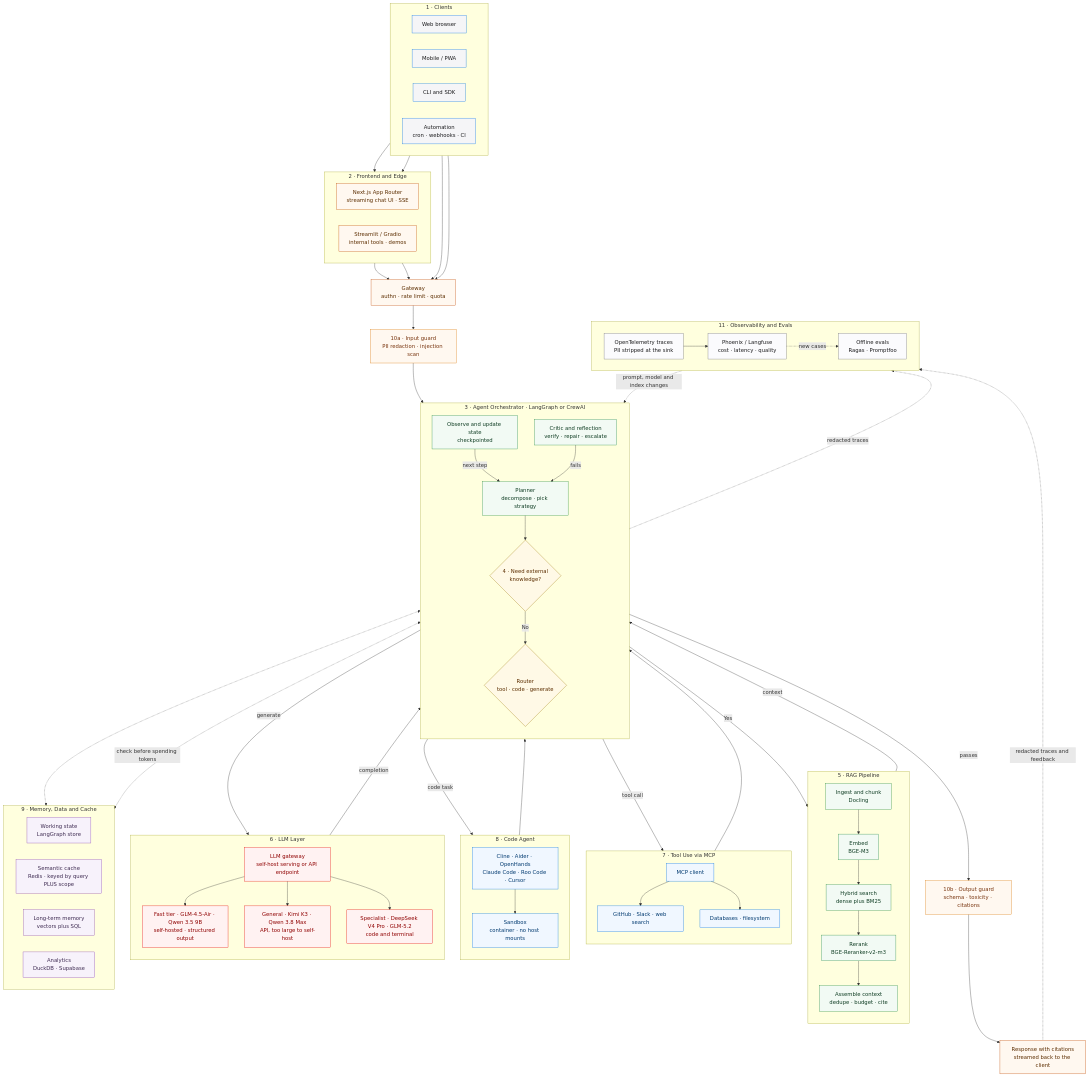
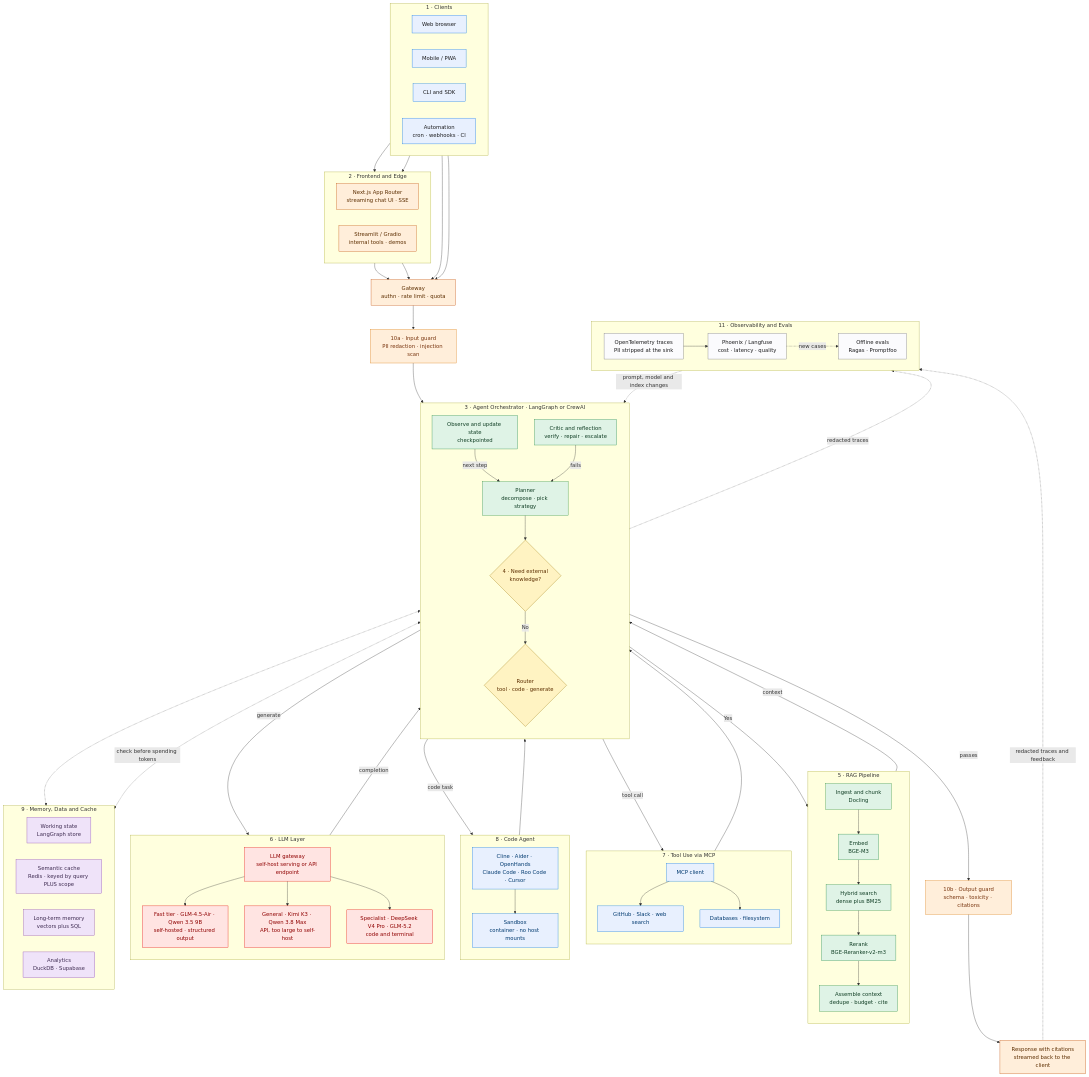
One commit to mlvpatel/open-weight-agent-stack changed the diagram in diagrams/src/master-architecture.mmd. Above: the diagram before and after it, drawn with Mermaid. The commit also changed 36 other files, not shown here.

First line of the commit message:
feat: render diagrams on Pages, richer palette

```diff
--- a/diagrams/src/master-architecture.mmd
+++ b/diagrams/src/master-architecture.mmd
@@ -1,137 +1,137 @@
 flowchart TB
     subgraph L1["1 · Clients"]
         direction LR
         C1["Web browser"]
         C2["Mobile / PWA"]
         C3["CLI and SDK"]
         C4["Automation<br/>cron · webhooks · CI"]
     end
 
     subgraph L2["2 · Frontend and Edge"]
         direction LR
         F1["Next.js App Router<br/>streaming chat UI · SSE"]
         F2["Streamlit / Gradio<br/>internal tools · demos"]
     end
 
     GW["Gateway<br/>authn · rate limit · quota"]
     GI["10a · Input guard<br/>PII redaction · injection scan"]
 
     subgraph L3["3 · Agent Orchestrator · LangGraph or CrewAI"]
         direction TB
         PLAN["Planner<br/>decompose · pick strategy"]
         K4{"4 · Need external<br/>knowledge?"}
         ROUTE{"Router<br/>tool · code · generate"}
         STATE["Observe and update state<br/>checkpointed"]
         CRITIC["Critic and reflection<br/>verify · repair · escalate"]
     end
 
     subgraph L5["5 · RAG Pipeline"]
         direction TB
         R1["Ingest and chunk<br/>Docling"]
         R2["Embed<br/>BGE-M3"]
         R3["Hybrid search<br/>dense plus BM25"]
         R4["Rerank<br/>BGE-Reranker-v2-m3"]
         R5["Assemble context<br/>dedupe · budget · cite"]
     end
 
     subgraph L7["7 · Tool Use via MCP"]
         direction TB
         T0["MCP client"]
         T1["GitHub · Slack · web search"]
         T2["Databases · filesystem"]
     end
 
     subgraph L8["8 · Code Agent"]
         direction TB
         A0["Cline · Aider · OpenHands<br/>Claude Code · Roo Code · Cursor"]
         A1["Sandbox<br/>container · no host mounts"]
     end
 
     subgraph L6["6 · LLM Layer"]
         direction TB
         M0["LLM gateway<br/>self-host serving or API endpoint"]
         M1["Fast tier · GLM-4.5-Air · Qwen 3.5 9B<br/>self-hosted · structured output"]
         M2["General · Kimi K3 · Qwen 3.8 Max<br/>API, too large to self-host"]
         M3["Specialist · DeepSeek V4 Pro · GLM-5.2<br/>code and terminal"]
     end
 
     GO["10b · Output guard<br/>schema · toxicity · citations"]
 
     subgraph L9["9 · Memory, Data and Cache"]
         direction LR
         D1["Working state<br/>LangGraph store"]
         D2["Semantic cache<br/>Redis · keyed by query PLUS scope"]
         D3["Long-term memory<br/>vectors plus SQL"]
         D4B["Analytics<br/>DuckDB · Supabase"]
     end
 
     subgraph L11["11 · Observability and Evals"]
         direction LR
         O1["OpenTelemetry traces<br/>PII stripped at the sink"]
         O2["Phoenix / Langfuse<br/>cost · latency · quality"]
         EV["Offline evals<br/>Ragas · Promptfoo"]
     end
 
     C1 --> F1
     C2 --> F1
     C3 --> GW
     C4 --> GW
     F1 --> GW
     F2 --> GW
     GW --> GI
     GI --> PLAN
 
     PLAN --> K4
     K4 -->|Yes| R1
     K4 -->|No| ROUTE
     R1 --> R2 --> R3 --> R4 --> R5
     R5 -->|context| ROUTE
 
     ROUTE -->|tool call| T0
     ROUTE -->|code task| A0
     ROUTE -->|generate| M0
 
     T0 --> T1
     T0 --> T2
     A0 --> A1
     M0 --> M1
     M0 --> M2
     M0 --> M3
 
     T0 --> STATE
     A1 --> STATE
     M0 -->|completion| CRITIC
     STATE -->|next step| PLAN
     CRITIC -->|fails| PLAN
     CRITIC -->|passes| GO
     GO --> RESP["Response with citations<br/>streamed back to the client"]
 
     STATE <-.-> D1
     ROUTE <-.->|check before spending tokens| D2
     PLAN -.->|redacted traces| O1
     RESP -.->|redacted traces and feedback| O1
     O1 --> O2
     O2 -.->|new cases| EV
     EV -.->|prompt, model and index changes| PLAN
 
-    classDef client fill:#f5f5f7,stroke:#0071e3,color:#1d1d1f
-    classDef fe fill:#fff8f0,stroke:#bf4800,color:#5c2e00
-    classDef orch fill:#f2faf4,stroke:#248a3d,color:#0f3d23
-    classDef rag fill:#f2faf4,stroke:#248a3d,color:#0f3d23
-    classDef llm fill:#fff2f2,stroke:#e30000,color:#8f0000
-    classDef tool fill:#f0f7ff,stroke:#0071e3,color:#003a70
-    classDef mem fill:#f7f2fb,stroke:#8944ab,color:#3f2c52
-    classDef guard fill:#fff8f0,stroke:#d97706,color:#78350f
+    classDef client fill:#e8f0fe,stroke:#0071e3,color:#1d1d1f
+    classDef fe fill:#ffeeda,stroke:#bf4800,color:#5c2e00
+    classDef orch fill:#dff3e6,stroke:#248a3d,color:#0f3d23
+    classDef rag fill:#dff3e6,stroke:#248a3d,color:#0f3d23
+    classDef llm fill:#ffe4e2,stroke:#e30000,color:#8f0000
+    classDef tool fill:#e8f0fe,stroke:#0071e3,color:#003a70
+    classDef mem fill:#efe3f9,stroke:#8944ab,color:#3f2c52
+    classDef guard fill:#ffeeda,stroke:#d97706,color:#78350f
     classDef obs fill:#fbfbfd,stroke:#6e6e73,color:#1d1d1f
-    classDef decision fill:#fff9e6,stroke:#997404,color:#5c2e00
+    classDef decision fill:#fff3c2,stroke:#997404,color:#5c2e00
 
     class C1,C2,C3,C4 client
     class F1,F2,GW,RESP fe
     class PLAN,STATE,CRITIC orch
     class K4,ROUTE decision
     class R1,R2,R3,R4,R5 rag
     class M0,M1,M2,M3 llm
     class T0,T1,T2,A0,A1 tool
     class D1,D2,D3,D4B mem
     class GI,GO guard
     class O1,O2,EV obs
```
